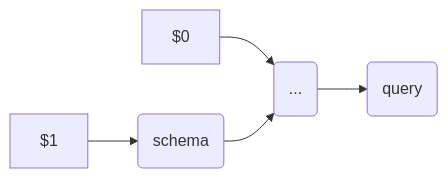
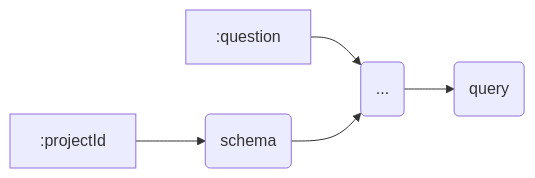
Before and after one commit to receptron/graphai: the third of 5 diagrams in packages/graphai/README.template.md, drawn with Mermaid.

Commit message:
named inputs

````diff
--- a/packages/graphai/README.template.md
+++ b/packages/graphai/README.template.md
@@ -190,7 +190,7 @@
 ```mermaid
 flowchart LR
- $0 --> ...
- $1 --> schema(schema)
+ :question --> ...
+ :projectId --> schema(schema)
  schema --> ...(...)
  ... --> query(query)
 ```
````
